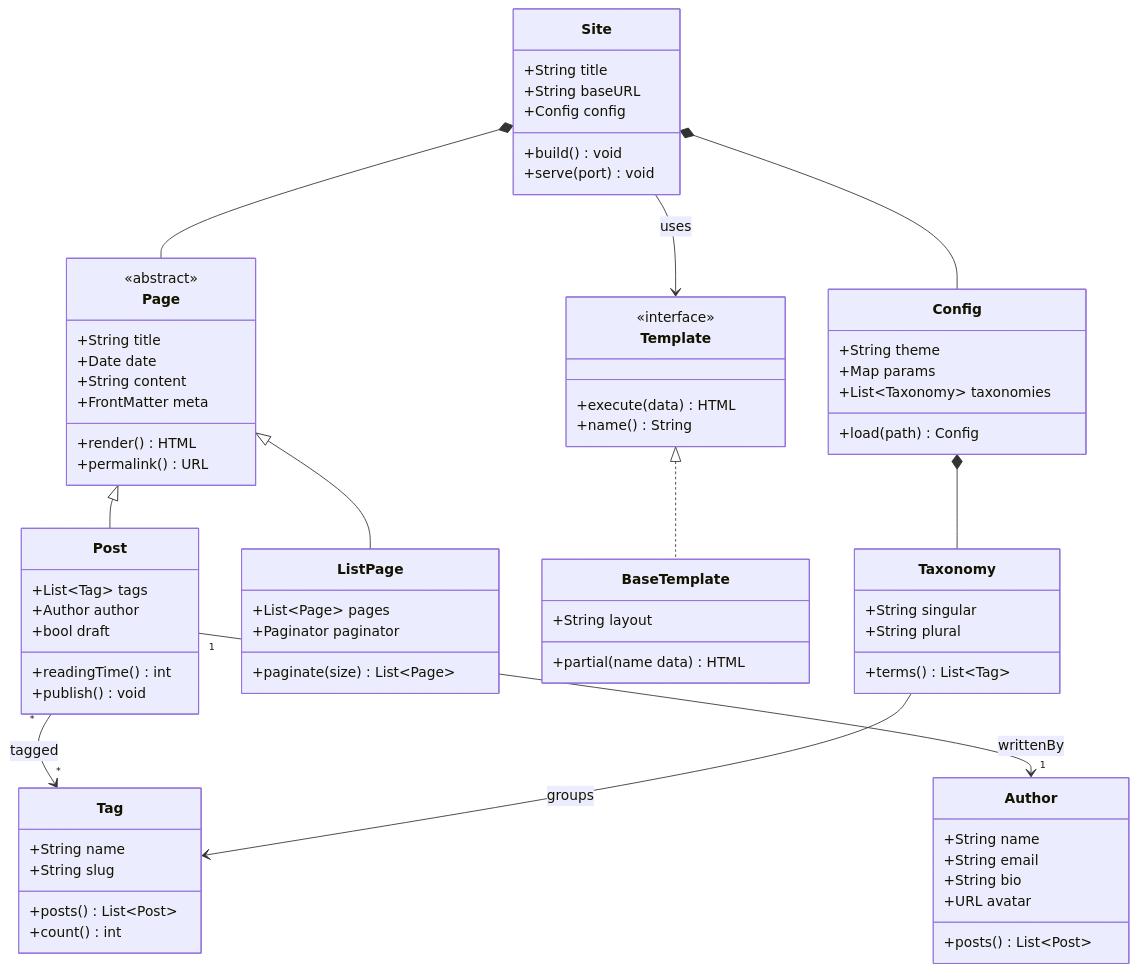
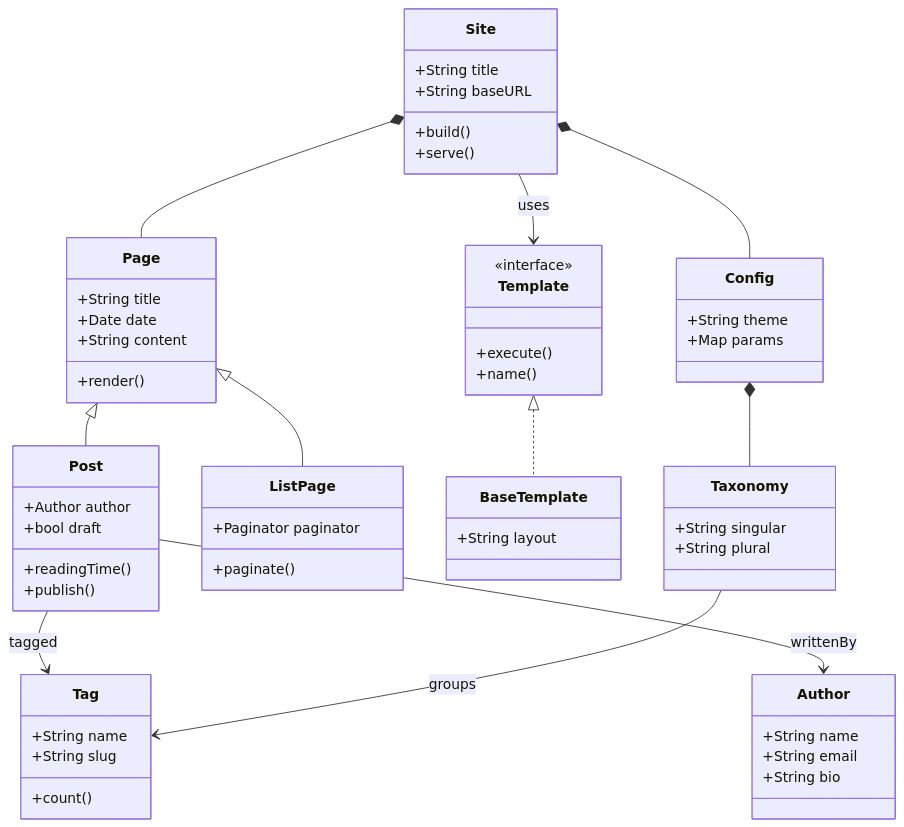
Before and after one commit to absolutepraya/blog: the fourth of 9 diagrams in content/posts/hello-world.md, drawn with Mermaid.

Commit message:
Simplify class diagram to avoid Mermaid parser issues

````diff
--- a/content/posts/hello-world.md
+++ b/content/posts/hello-world.md
@@ -261,75 +261,62 @@
 ```mermaid
 classDiagram
     class Site {
         +String title
         +String baseURL
-        +Config config
-        +build() void
-        +serve(port) void
+        +build()
+        +serve()
     }
     class Config {
         +String theme
         +Map params
-        +List~Taxonomy~ taxonomies
-        +load(path) Config
     }
     class Page {
-        <<abstract>>
         +String title
         +Date date
         +String content
-        +FrontMatter meta
-        +render() HTML
-        +permalink() URL
+        +render()
     }
     class Post {
-        +List~Tag~ tags
         +Author author
         +bool draft
-        +readingTime() int
-        +publish() void
+        +readingTime()
+        +publish()
     }
     class ListPage {
-        +List~Page~ pages
         +Paginator paginator
-        +paginate(size) List~Page~
+        +paginate()
     }
     class Author {
         +String name
         +String email
         +String bio
-        +URL avatar
-        +posts() List~Post~
     }
     class Tag {
         +String name
         +String slug
-        +posts() List~Post~
-        +count() int
+        +count()
     }
     class Template {
         <<interface>>
-        +execute(data) HTML
-        +name() String
+        +execute()
+        +name()
     }
     class BaseTemplate {
         +String layout
-        +partial(name data) HTML
     }
     class Taxonomy {
         +String singular
         +String plural
-        +terms() List~Tag~
     }
 
     Site *-- Config
     Site *-- Page
     Page <|-- Post
     Page <|-- ListPage
-    Post "1" --> "1" Author : writtenBy
-    Post "*" --> "*" Tag : tagged
+    Post --> Author : writtenBy
+    Post --> Tag : tagged
     Site --> Template : uses
     Template <|.. BaseTemplate
     Config *-- Taxonomy
     Taxonomy --> Tag : groups
 ```
````
